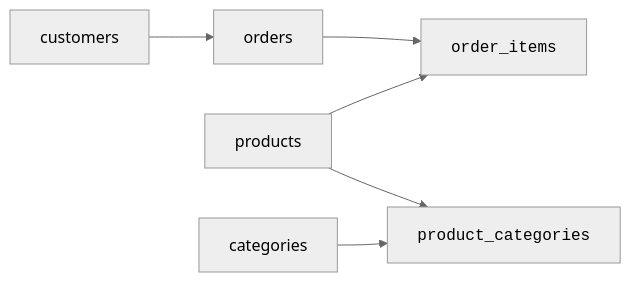
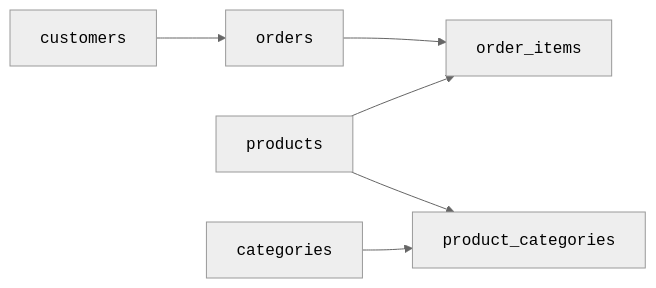
The second of 5 diagrams in content/learn/database-design-postgresql/case-study-ecommerce.mdx (dataslope/dataslope), drawn with Mermaid (neutral theme) before and after one commit. The commit also changed 46 other files, not shown here.

First line of the commit message:
Wrap code in mermaid edge labels + entity/table names in DB diagrams

````diff
--- a/content/learn/database-design-postgresql/case-study-ecommerce.mdx
+++ b/content/learn/database-design-postgresql/case-study-ecommerce.mdx
@@ -44,8 +44,8 @@
 ```mermaid
 flowchart LR
-    Customers["customers"] --> Orders["orders"]
+    Customers["<code>customers</code>"] --> Orders["<code>orders</code>"]
     Orders --> Items["<code>order_items</code>"]
-    Products["products"] --> Items
+    Products["<code>products</code>"] --> Items
     Products --> ProductCategories["<code>product_categories</code>"]
-    Categories["categories"] --> ProductCategories
+    Categories["<code>categories</code>"] --> ProductCategories
 ```
````
